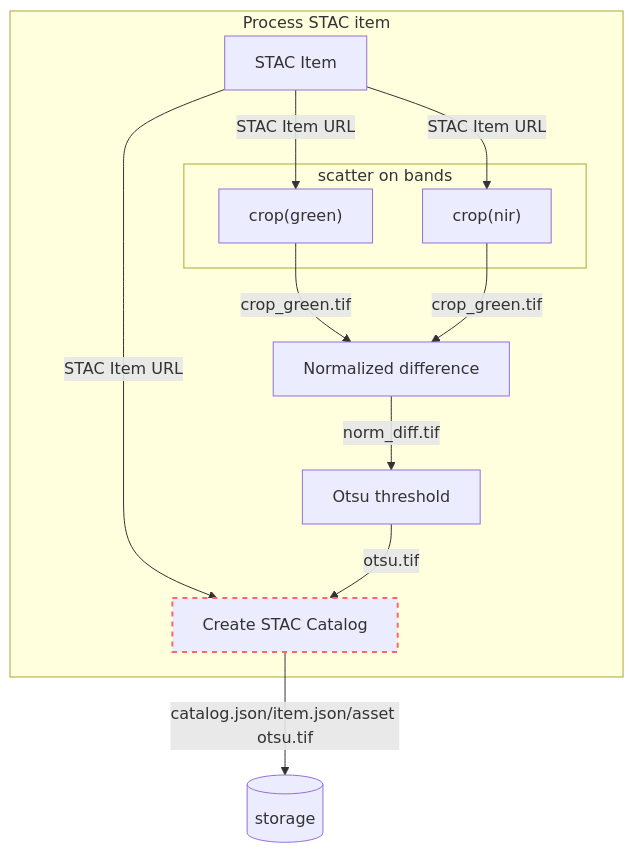
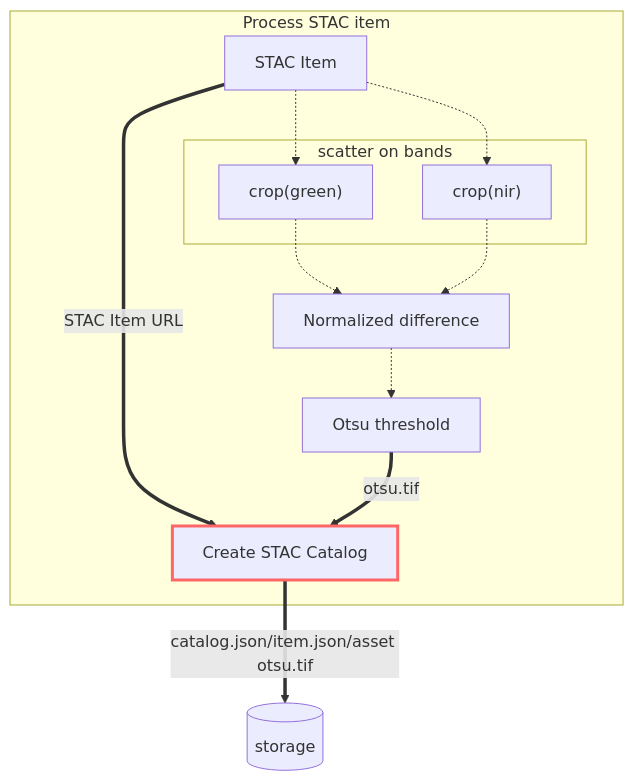
Before and after one commit to Terradue/app-package-training-bids23: the diagram in docs/app/stac/app.md, drawn with Mermaid. The commit also changed 3 other files, not shown here.

````diff
--- a/docs/app/stac/app.md
+++ b/docs/app/stac/app.md
@@ -7,18 +7,18 @@
 ``` mermaid
 graph TB
-style F stroke:#f66,stroke-width:2px,stroke-dasharray: 5 5
+style F stroke:#f66,stroke-width:3px
 subgraph Process STAC item
-  A[STAC Item] -- STAC Item URL --> B
-  A[STAC Item] -- STAC Item URL --> C
-  A[STAC Item] -- STAC Item URL --> F
+  A[STAC Item] -.-> B
+  A[STAC Item] -.-> C
+  A[STAC Item] == STAC Item URL ==> F
 subgraph scatter on bands
   B["crop(green)"];
   C["crop(nir)"];
 end
-  B["crop(green)"] -- crop_green.tif --> D[Normalized difference];
-  C["crop(nir)"] -- crop_green.tif --> D[Normalized difference];
-  D -- norm_diff.tif --> E[Otsu threshold]
+  B["crop(green)"] -.-> D[Normalized difference];
+  C["crop(nir)"] -.-> D[Normalized difference];
+  D -.-> E[Otsu threshold]
 end
-  E -- otsu.tif --> F[Create STAC Catalog]
-  F -- "catalog.json/item.json/asset otsu.tif" --> G[(storage)]
+  E == otsu.tif ==> F[Create STAC Catalog]
+  F == "catalog.json/item.json/asset otsu.tif" ==> G[(storage)]
 ```
````
